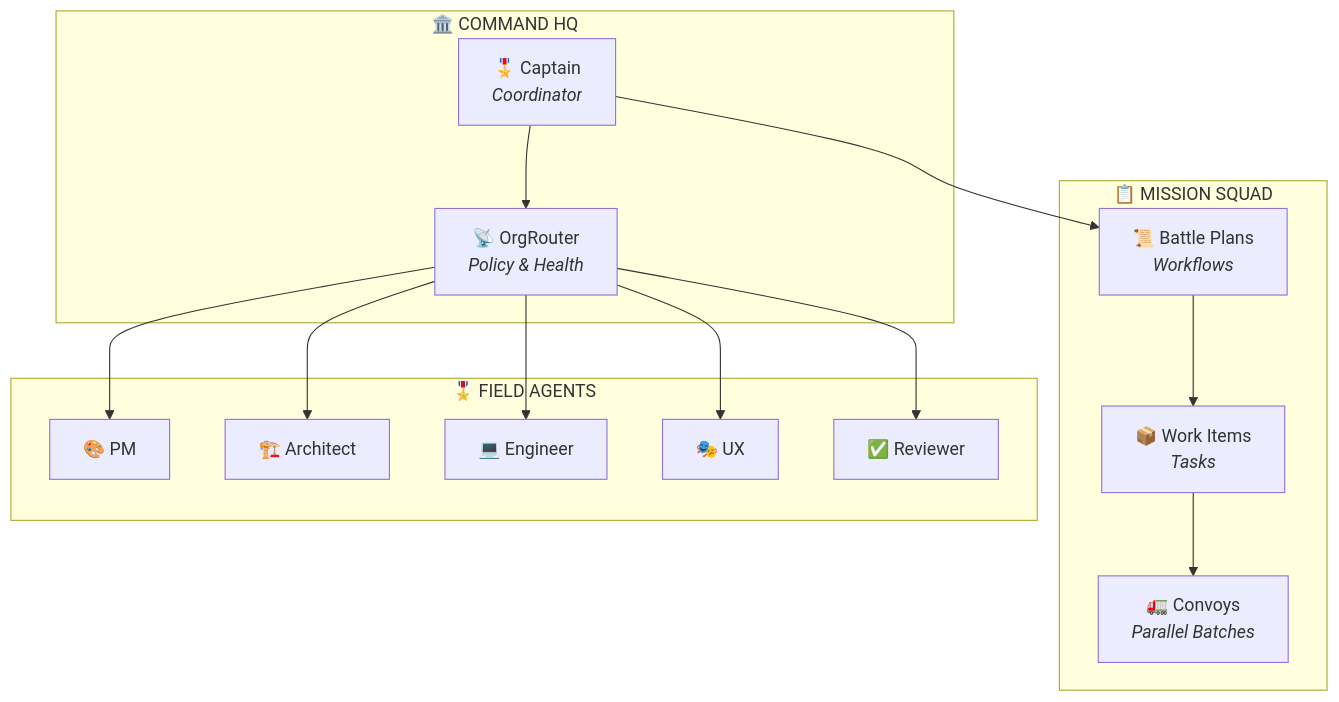
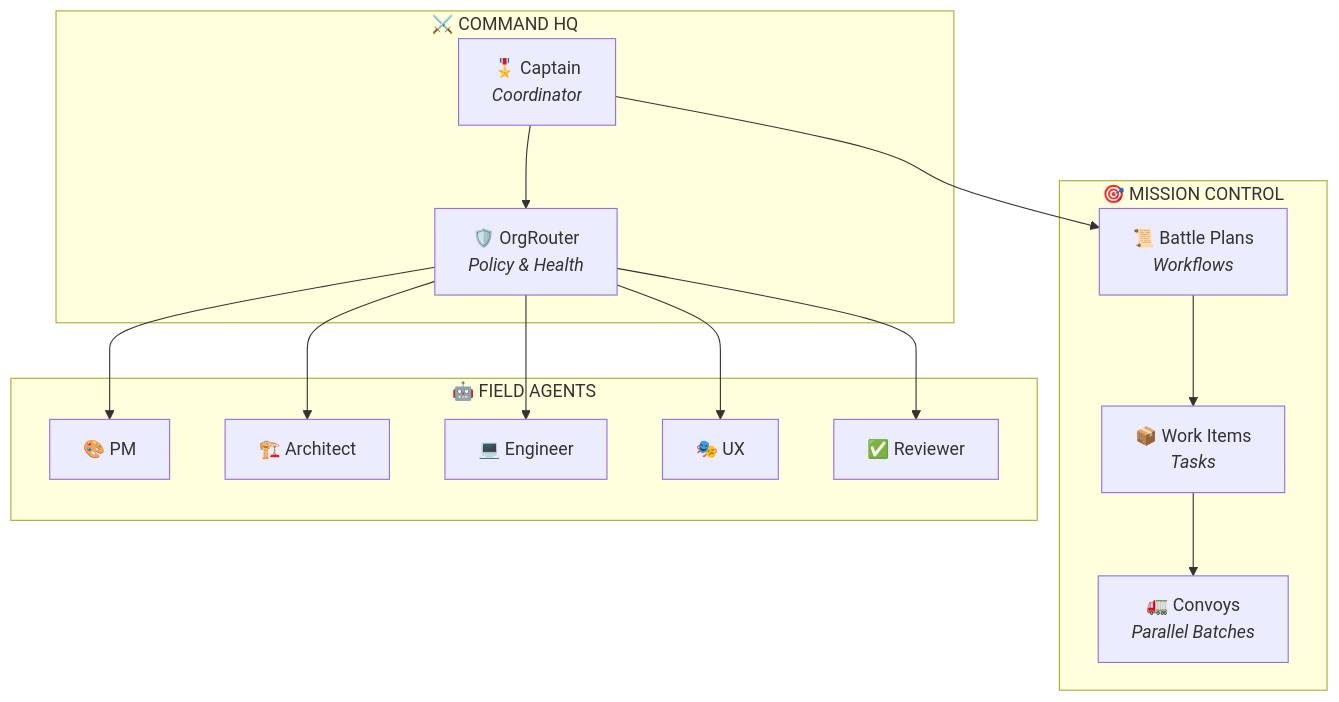
Before and after one commit to jnPiyush/AI-Squad: the first of 7 diagrams in README.md, drawn with Mermaid. The commit also changed other lines of this file, not shown here.

````diff
--- a/README.md
+++ b/README.md
@@ -44,27 +44,27 @@
 ```mermaid
 graph TB
-    subgraph "🏛️ COMMAND HQ"
+    subgraph "⚔️ COMMAND HQ"
         Captain["🎖️ Captain<br/><i>Coordinator</i>"]
-        Router["📡 OrgRouter<br/><i>Policy & Health</i>"]
+        Router["🛡️ OrgRouter<br/><i>Policy & Health</i>"]
     end
     
-    subgraph "📋 MISSION SQUAD"
+    subgraph "🎯 MISSION CONTROL"
         BP["📜 Battle Plans<br/><i>Workflows</i>"]
         WI["📦 Work Items<br/><i>Tasks</i>"]
         Convoy["🚛 Convoys<br/><i>Parallel Batches</i>"]
     end
     
-    subgraph "🎖️ FIELD AGENTS"
+    subgraph "🤖 FIELD AGENTS"
         PM["🎨 PM"]
         Arch["🏗️ Architect"]
         Eng["💻 Engineer"]
         UX["🎭 UX"]
         Rev["✅ Reviewer"]
     end
     
     Captain --> BP
     Captain --> Router
     Router --> PM & Arch & Eng & UX & Rev
     BP --> WI
     WI --> Convoy
 ```
````
